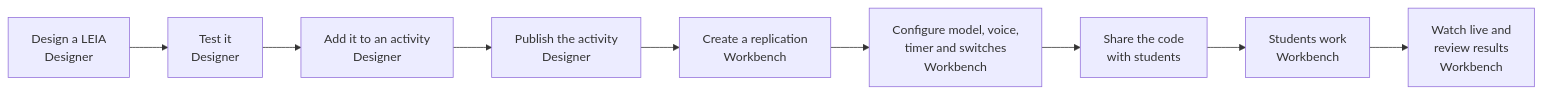
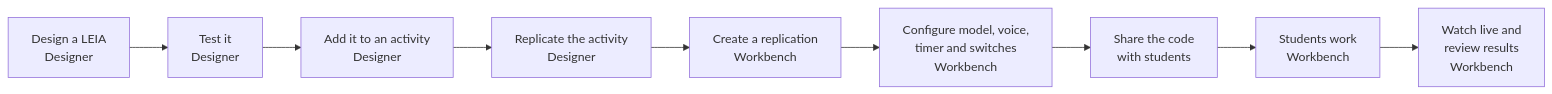
One commit to leia-org/web changed the diagram in docs/teachers/index.md. Above: the diagram before and after it, drawn with Mermaid. The commit also changed other lines of this file and 5 other files, not shown here.

First line of the commit message:
docs: stop requiring publish in the teacher flow and MultiLEIA tutorial

````diff
--- a/docs/teachers/index.md
+++ b/docs/teachers/index.md
@@ -68,11 +68,11 @@
 ```mermaid
 flowchart LR
   A[Design a LEIA<br/>Designer] --> B[Test it<br/>Designer]
   B --> C[Add it to an activity<br/>Designer]
-  C --> D[Publish the activity<br/>Designer]
+  C --> D[Replicate the activity<br/>Designer]
   D --> E[Create a replication<br/>Workbench]
   E --> F[Configure model, voice,<br/>timer and switches<br/>Workbench]
   F --> G[Share the code<br/>with students]
   G --> H[Students work<br/>Workbench]
   H --> I[Watch live and<br/>review results<br/>Workbench]
 ```
````
